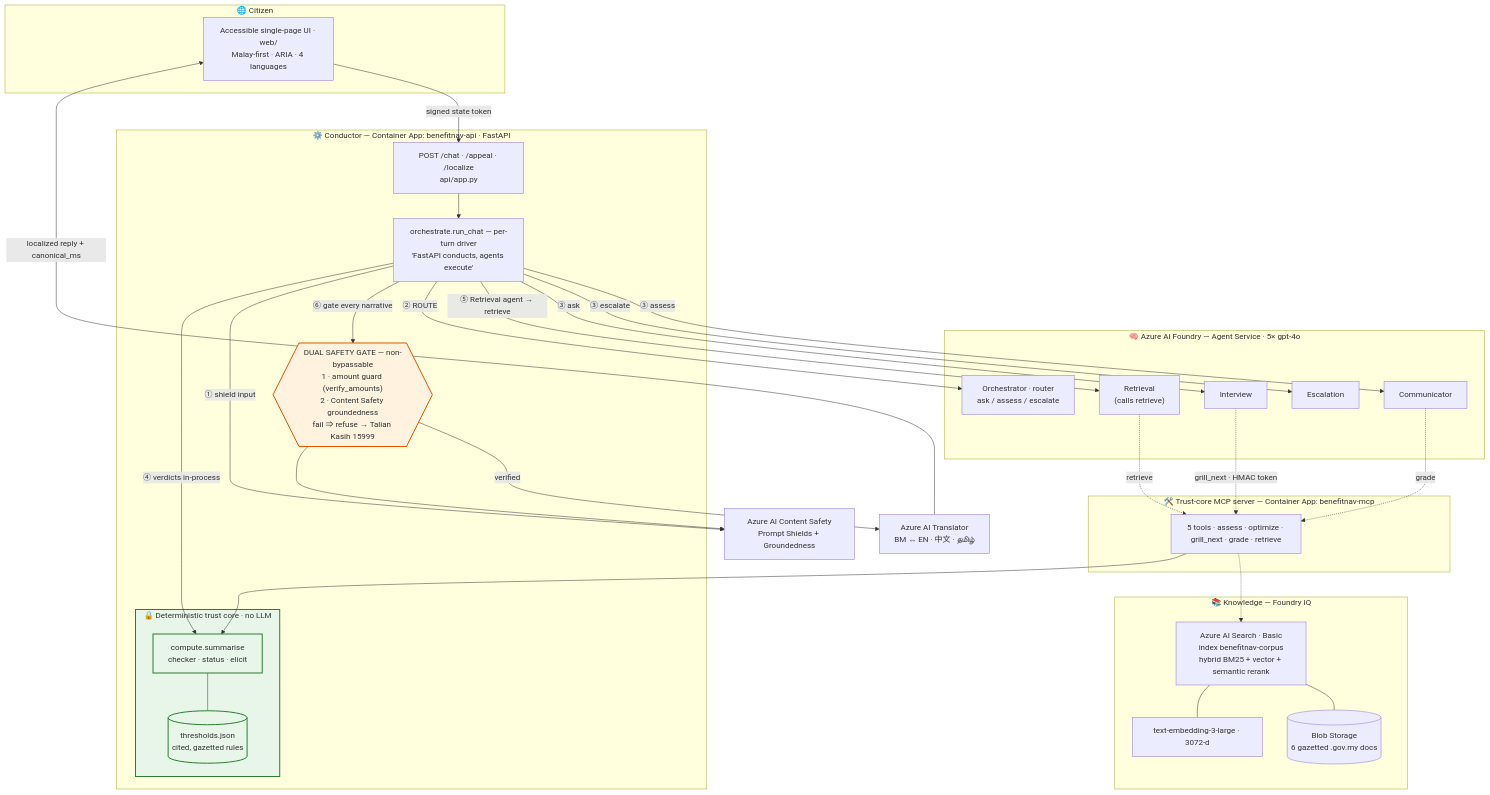
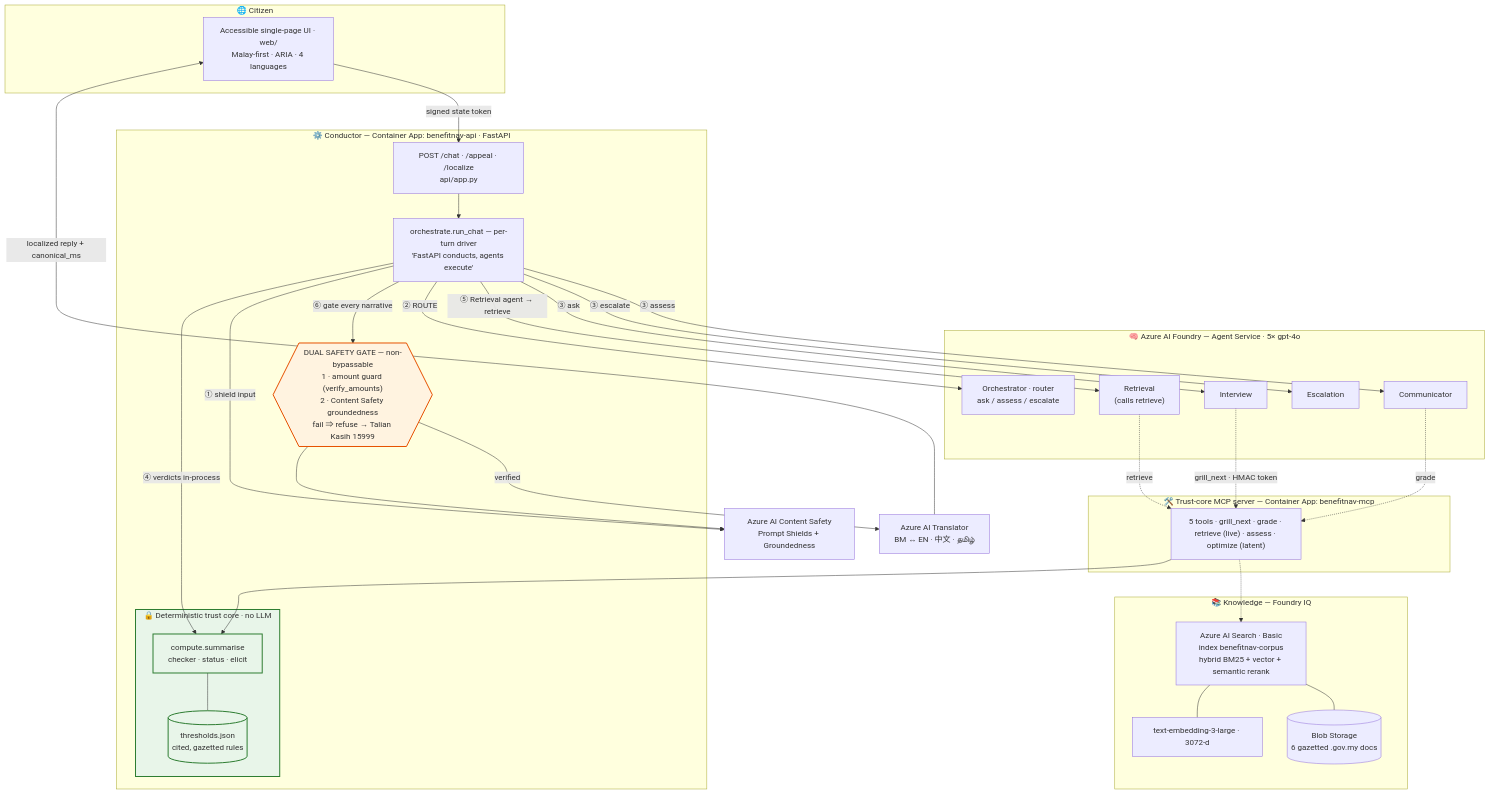
Before and after one commit to jipsy123/BenefitNavigator-MY: the first of 2 diagrams in README.md, drawn with Mermaid. The commit also changed other lines of this file and 1 other file, not shown here.

Commit message:
docs: sync diagrams to live-Retrieval/fail-hard model (sequence hop, tool live/latent labels, footnote anchor)

````diff
--- a/README.md
+++ b/README.md
@@ -33,64 +33,64 @@
 ```mermaid
 flowchart TB
     subgraph CLIENT["🌐 Citizen"]
         UI["Accessible single-page UI · web/<br/>Malay-first · ARIA · 4 languages"]
     end
 
     subgraph CONDUCTOR["⚙️ Conductor — Container App: benefitnav-api · FastAPI"]
         API["POST /chat · /appeal · /localize<br/>api/app.py"]
         ORCH["orchestrate.run_chat — per-turn driver<br/>'FastAPI conducts, agents execute'"]
         GATE{{"DUAL SAFETY GATE — non-bypassable<br/>1 · amount guard (verify_amounts)<br/>2 · Content Safety groundedness<br/>fail ⇒ refuse → Talian Kasih 15999"}}
         subgraph CORE["🔒 Deterministic trust core · no LLM"]
             COMPUTE["compute.summarise<br/>checker · status · elicit"]
             TH[("thresholds.json<br/>cited, gazetted rules")]
         end
     end
 
     subgraph FOUNDRY["🧠 Azure AI Foundry — Agent Service · 5× gpt-4o"]
         ROUTER["Orchestrator · router<br/>ask / assess / escalate"]
         INT["Interview"]
         COMM["Communicator"]
         ESC["Escalation"]
         RET["Retrieval<br/>(calls retrieve)"]
     end
 
     subgraph MCP["🛠️ Trust-core MCP server — Container App: benefitnav-mcp"]
-        TOOLS["5 tools · assess · optimize · grill_next · grade · retrieve"]
+        TOOLS["5 tools · grill_next · grade · retrieve (live) · assess · optimize (latent)"]
     end
 
     subgraph KNOW["📚 Knowledge — Foundry IQ"]
         SEARCH["Azure AI Search · Basic<br/>index benefitnav-corpus<br/>hybrid BM25 + vector + semantic rerank"]
         EMB["text-embedding-3-large · 3072-d"]
         BLOB[("Blob Storage<br/>6 gazetted .gov.my docs")]
     end
 
     SAFETY["Azure AI Content Safety<br/>Prompt Shields + Groundedness"]
     TRANS["Azure AI Translator<br/>BM ↔ EN · 中文 · தமிழ்"]
 
     UI -->|"signed state token"| API
     API --> ORCH
     ORCH -->|"① shield input"| SAFETY
     ORCH -->|"② ROUTE"| ROUTER
     ORCH -->|"③ ask"| INT
     ORCH -->|"③ assess"| COMM
     ORCH -->|"③ escalate"| ESC
     ORCH -->|"④ verdicts in-process"| COMPUTE
     COMPUTE --- TH
     ORCH -->|"⑤ Retrieval agent → retrieve"| RET
     RET -.->|"retrieve"| TOOLS
     INT -.->|"grill_next · HMAC token"| TOOLS
     COMM -.->|"grade"| TOOLS
     TOOLS --> COMPUTE
     TOOLS -.-> SEARCH
     SEARCH --- EMB
     SEARCH --- BLOB
     ORCH -->|"⑥ gate every narrative"| GATE
     GATE --> SAFETY
     GATE -->|"verified"| TRANS
     TRANS -->|"localized reply + canonical_ms"| UI
 
     classDef trust fill:#e8f5e9,stroke:#2e7d32,stroke-width:2px;
     classDef gate fill:#fff3e0,stroke:#e65100,stroke-width:2px;
     class CORE,COMPUTE,TH trust;
     class GATE gate;
 ```
````
